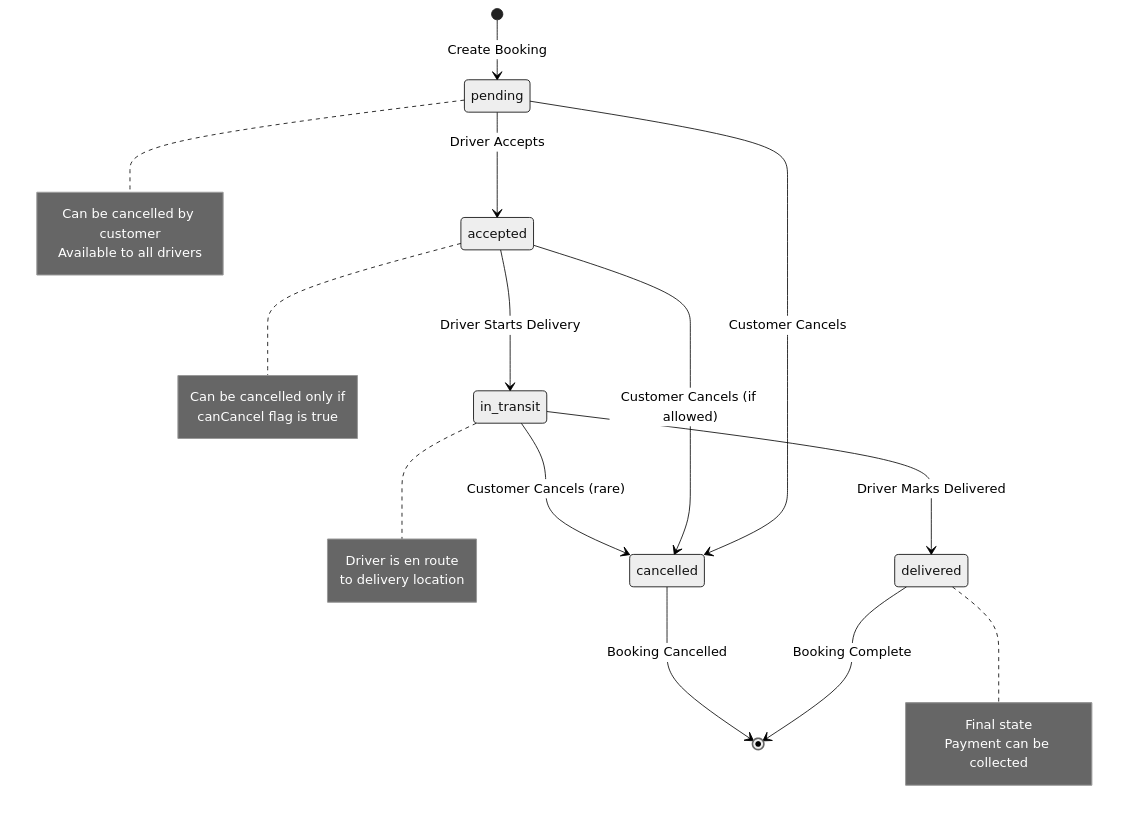
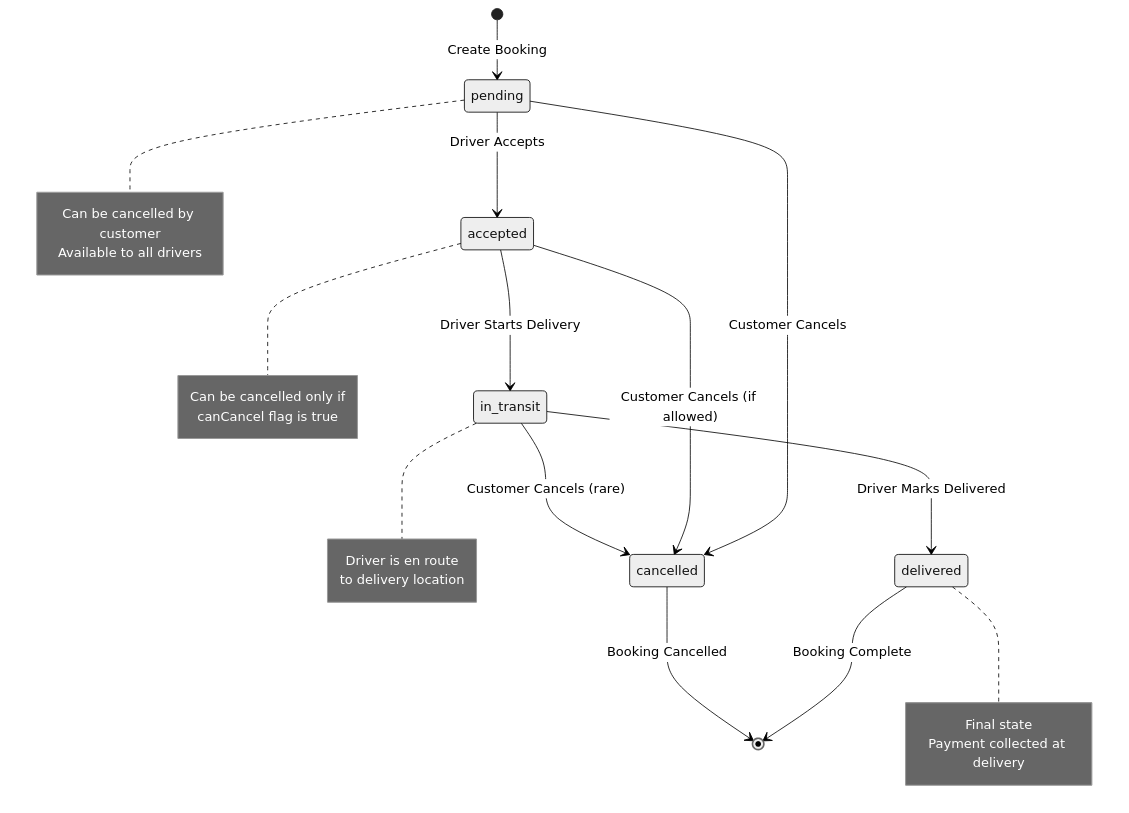
Before and after one commit to ShubhamRRana/water-customer-app: the fourth of 5 diagrams in README.md, drawn with Mermaid (neutral theme). The commit also changed other lines of this file, not shown here.

````diff
--- a/README.md
+++ b/README.md
@@ -370,36 +380,36 @@
 ```mermaid
 stateDiagram-v2
     [*] --> pending: Create Booking
     
     pending --> accepted: Driver Accepts
     pending --> cancelled: Customer Cancels
     
     accepted --> in_transit: Driver Starts Delivery
     accepted --> cancelled: Customer Cancels (if allowed)
     
     in_transit --> delivered: Driver Marks Delivered
     in_transit --> cancelled: Customer Cancels (rare)
     
     delivered --> [*]: Booking Complete
     cancelled --> [*]: Booking Cancelled
     
     note right of pending
         Can be cancelled by customer
         Available to all drivers
     end note
     
     note right of accepted
         Can be cancelled only if
         canCancel flag is true
     end note
     
     note right of in_transit
         Driver is en route
         to delivery location
     end note
     
     note right of delivered
         Final state
-        Payment can be collected
+        Payment collected at delivery
     end note
 ```
````
